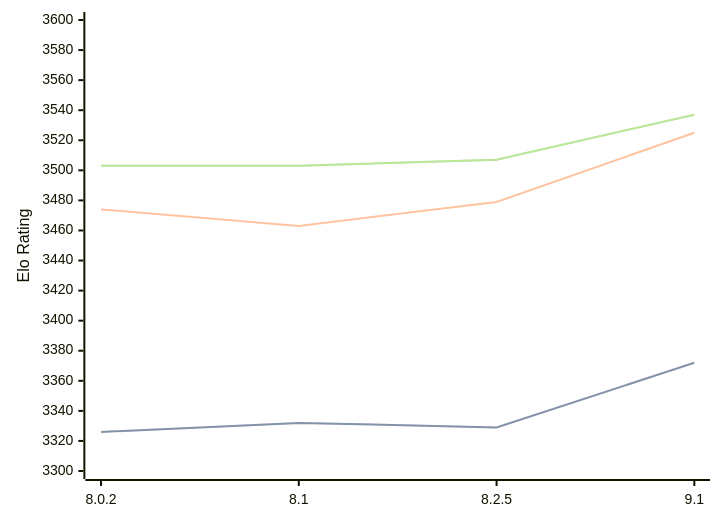
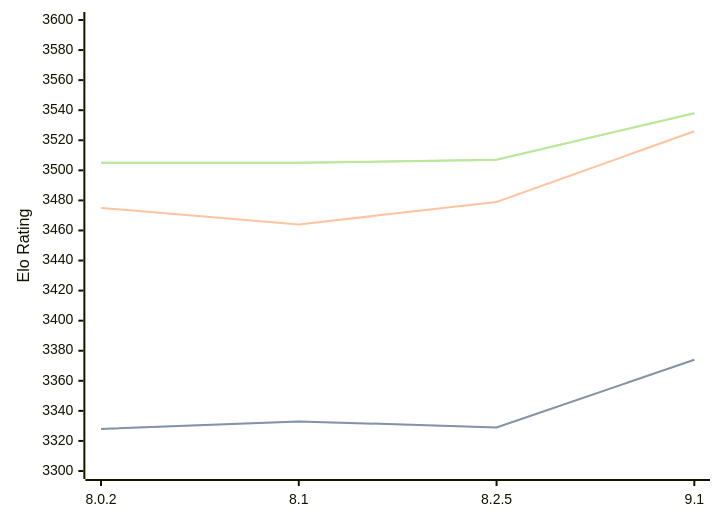
One commit to computer-chess-index/cci changed the diagram in engines/Clover.md. Above: the diagram before and after it, drawn with Mermaid. The commit also changed other lines of this file, not shown here.

Commit message:
Update CCI Ratings (ELO VLTC) - 2026-07-31

````diff
--- a/engines/Clover.md
+++ b/engines/Clover.md
@@ -64,11 +64,11 @@
 ```mermaid
 %%{init: {"theme":"base","themeVariables":{"seriesColors:['#a3a3a3','#222221','#faa371']}}}%%
 xychart-beta
   x-axis ["8.0.2", "8.1", "8.2.5", "9.1"]
   y-axis "Elo Rating" 3300 --> 3600
-  line "STC (8.0+0.08s)" [3326, 3332, 3329, 3372]
-  line "STC (8.0+0.08s)" [3326, 3332, 3329, 3372]
-  line "LTC (60.0+0.60s)" [3474, 3463, 3479, 3525]
-  line "VLTC (2m24s+1.12s)" [3503, 3503, 3507, 3537]
-  line "VLTC (2m24s+1.12s)" [3503, 3503, 3507, 3537]
+  line "STC (8.0+0.08s)" [3328, 3333, 3329, 3374]
+  line "STC (8.0+0.08s)" [3328, 3333, 3329, 3374]
+  line "LTC (60.0+0.60s)" [3475, 3464, 3479, 3526]
+  line "VLTC (2m24s+1.12s)" [3505, 3505, 3507, 3538]
+  line "VLTC (2m24s+1.12s)" [3505, 3505, 3507, 3538]
 ```
````
